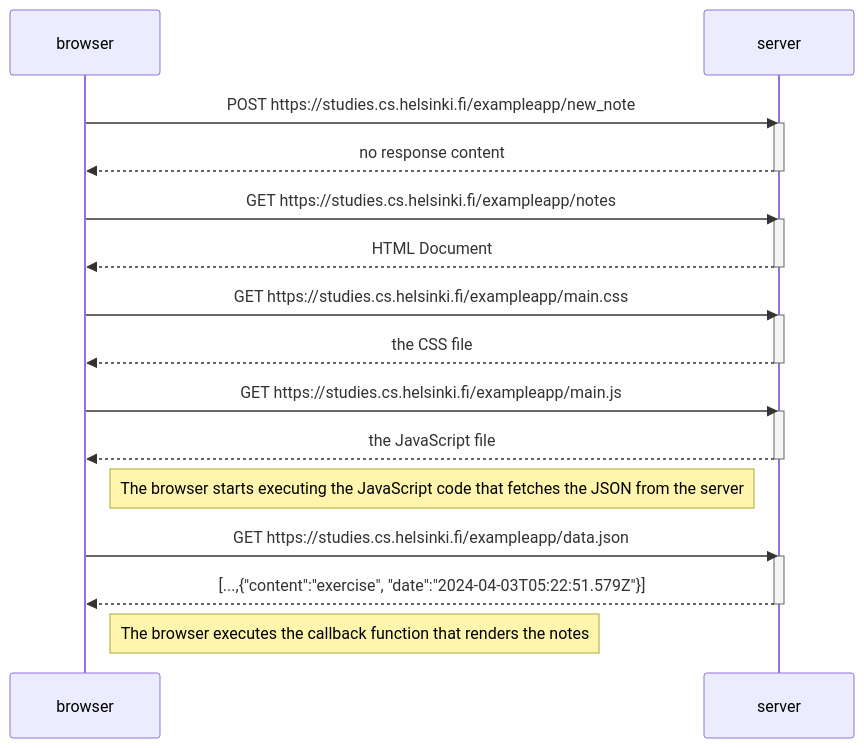
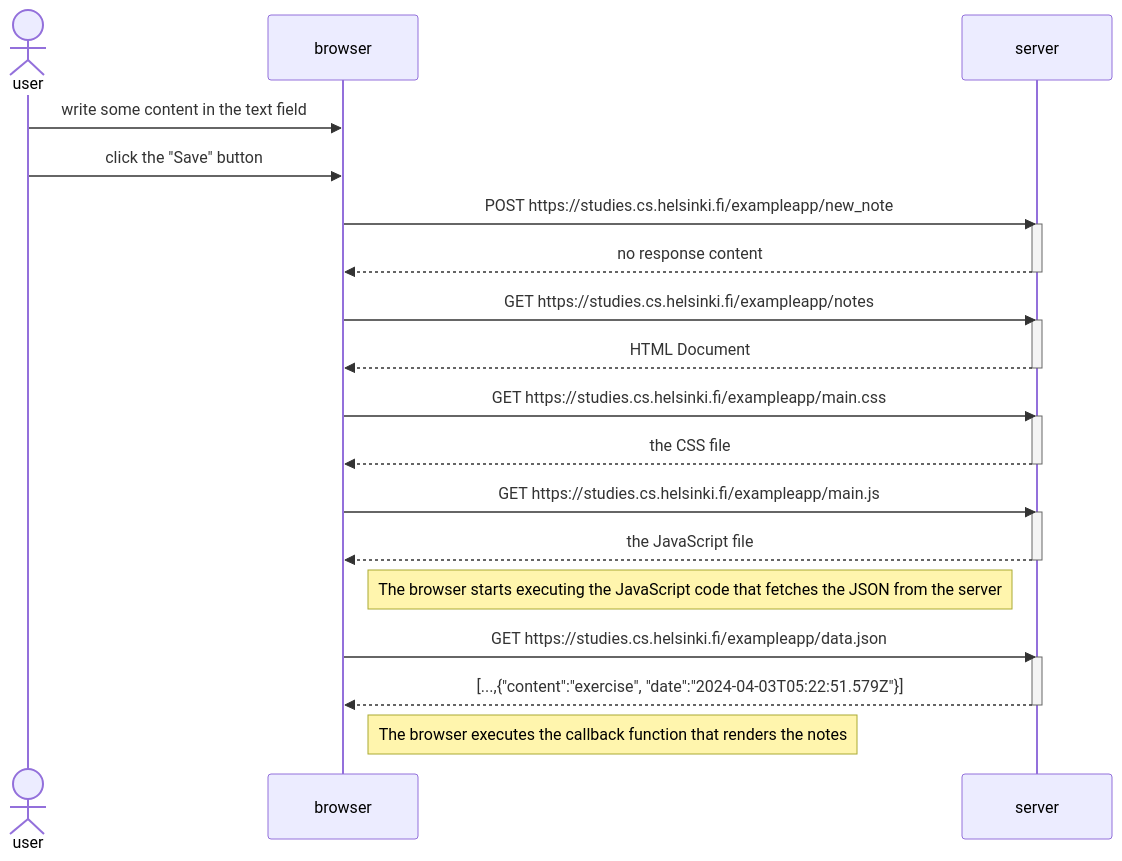
The diagram in Part_0/newNoteDiagram.md (congthanh1999/FullStackOpen), drawn with Mermaid before and after one commit.

````diff
--- a/Part_0/newNoteDiagram.md
+++ b/Part_0/newNoteDiagram.md
@@ -1,34 +1,38 @@
 ```mermaid
 sequenceDiagram
+    actor user
     participant browser
     participant server
+
+    user->>browser: write some content in the text field
+    user->>browser: click the "Save" button
 
     browser->>server: POST https://studies.cs.helsinki.fi/exampleapp/new_note
     activate server
     server-->>browser: no response content
     deactivate server
 
     browser->>server: GET https://studies.cs.helsinki.fi/exampleapp/notes
     activate server
     server-->>browser: HTML Document
     deactivate server
 
     browser->>server: GET https://studies.cs.helsinki.fi/exampleapp/main.css
     activate server
     server-->>browser: the CSS file
     deactivate server
 
     browser->>server: GET https://studies.cs.helsinki.fi/exampleapp/main.js
     activate server
     server-->>browser: the JavaScript file
     deactivate server
 
     Note right of browser: The browser starts executing the JavaScript code that fetches the JSON from the server
 
     browser->>server: GET https://studies.cs.helsinki.fi/exampleapp/data.json
     activate server
     server-->>browser: [...,{"content":"exercise", "date":"2024-04-03T05:22:51.579Z"}]
     deactivate server
 
     Note right of browser: The browser executes the callback function that renders the notes
 ```
````
